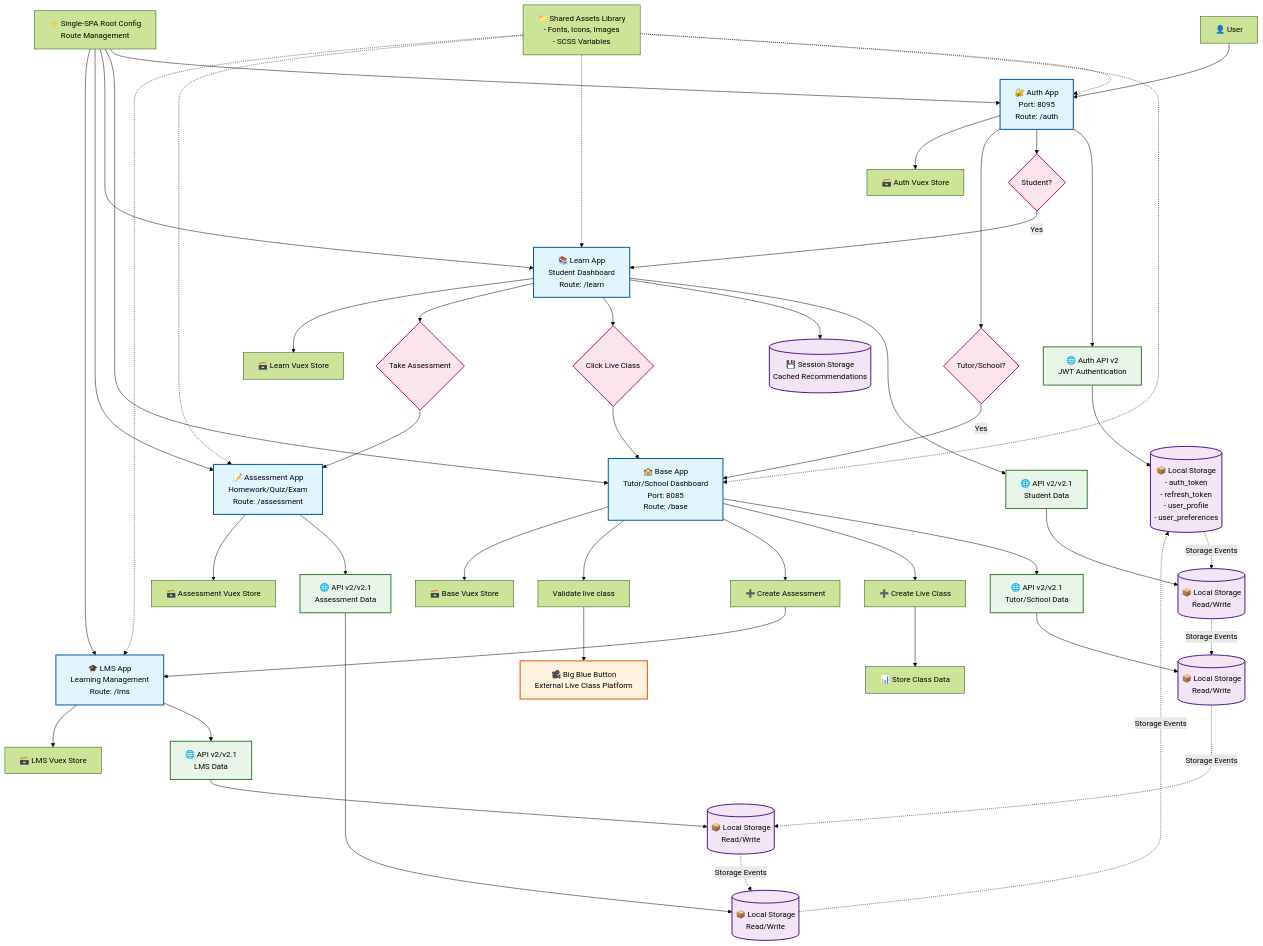
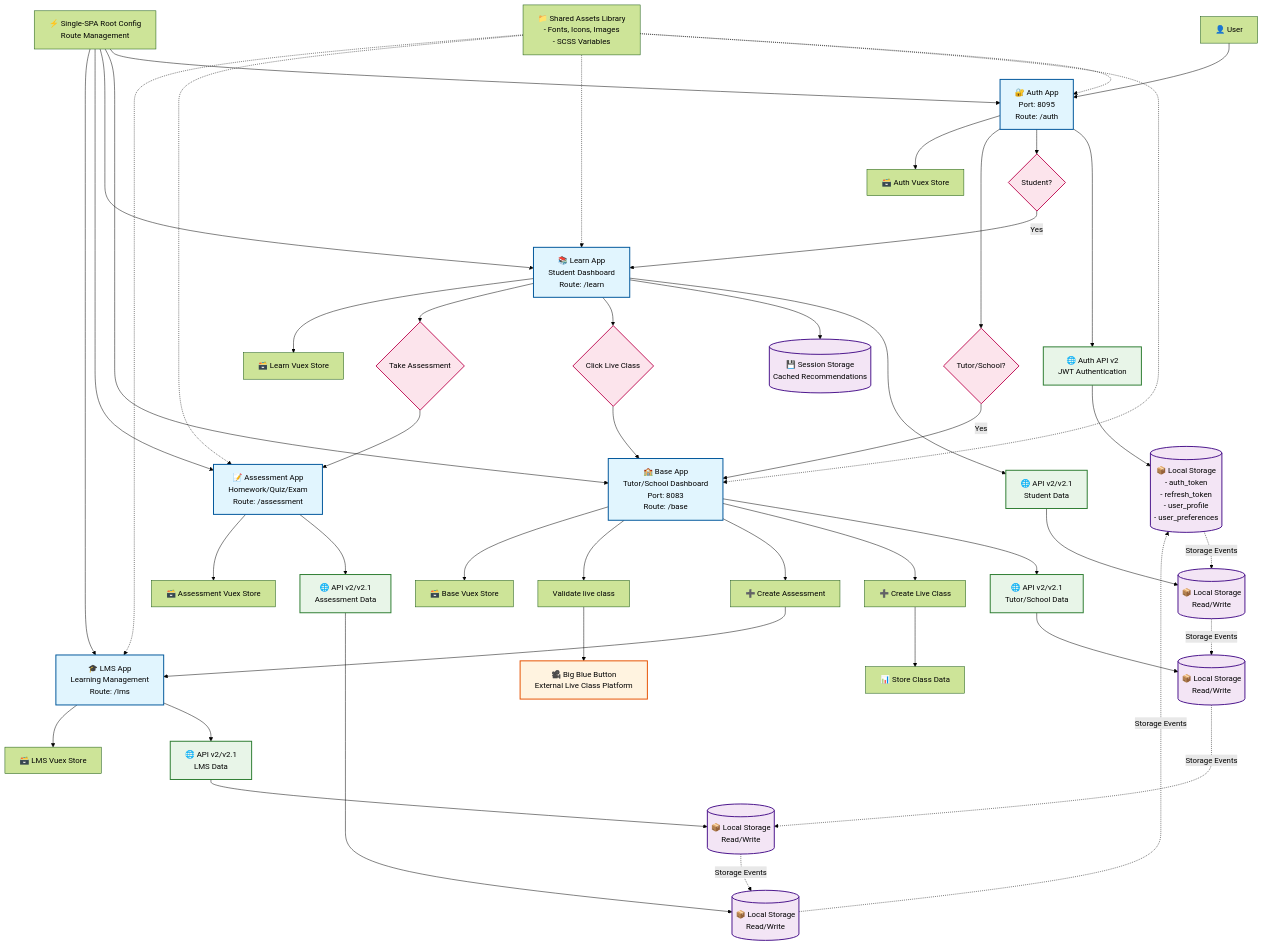
Before and after one commit to gradely/project-docs: the diagram in frontend-doc.md, drawn with Mermaid (forest theme). The commit also changed other lines of this file, not shown here.

Commit message:
doc: update port number

```diff
--- a/frontend-doc.md
+++ b/frontend-doc.md
@@ -38,7 +38,7 @@
     Auth --> TutorCheck{Tutor/School?}
     
     StudentCheck -->|Yes| Learn[📚 Learn App<br/>Student Dashboard<br/>Route: /learn]
-    TutorCheck -->|Yes| Base[🏫 Base App<br/>Tutor/School Dashboard<br/>Port: 8085<br/>Route: /base]
+    TutorCheck -->|Yes| Base[🏫 Base App<br/>Tutor/School Dashboard<br/>Port: 8083<br/>Route: /base]
     
     %% Student Journey
     Learn --> LearnAPI[🌐 API v2/v2.1<br/>Student Data]
```
